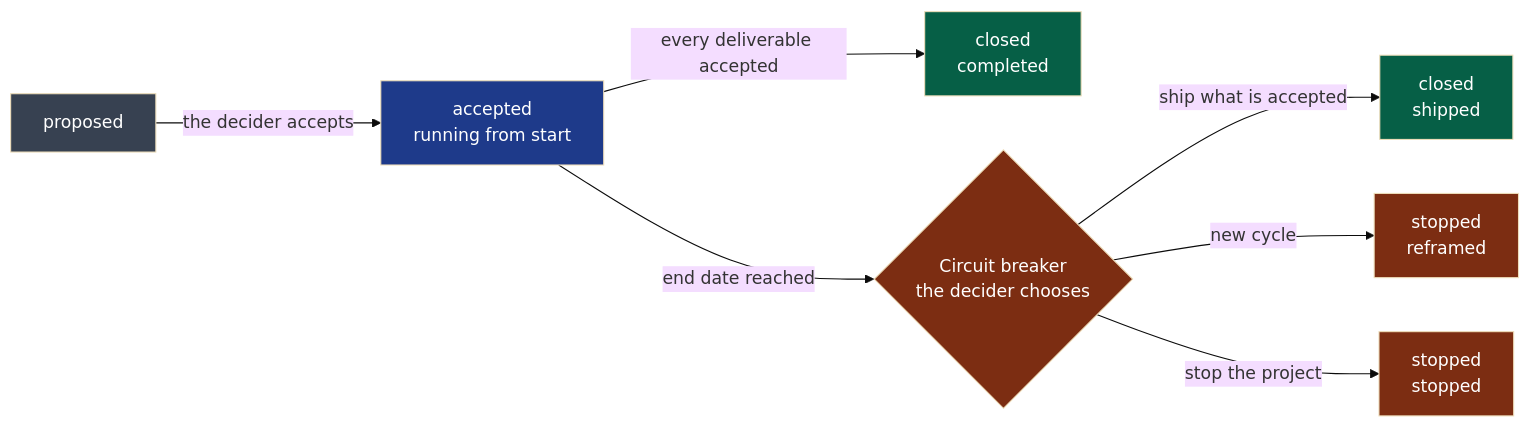
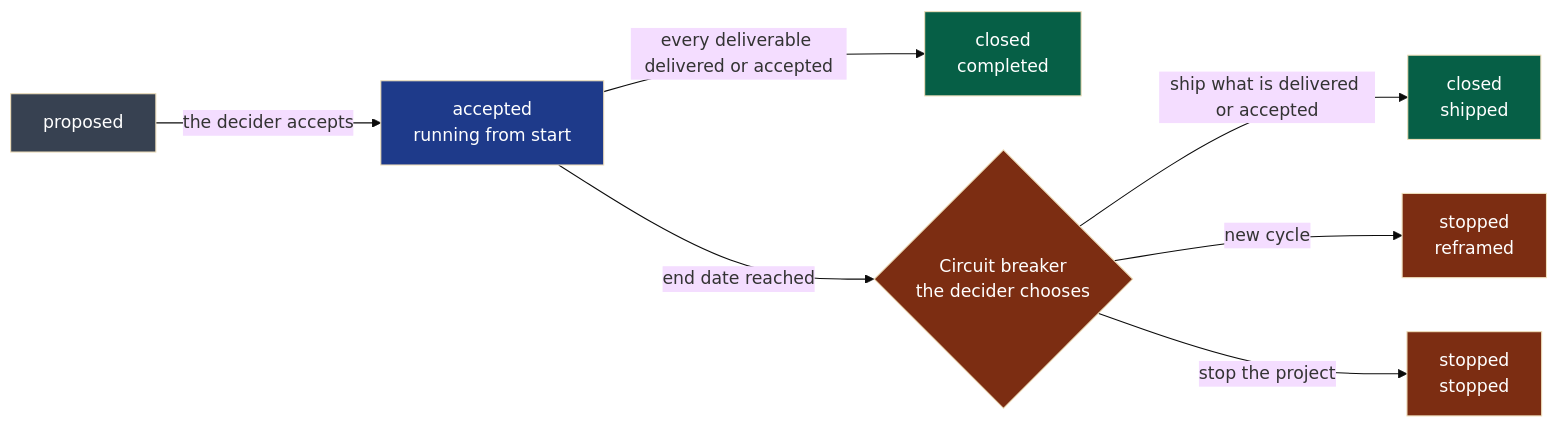
One commit to NapkinStack/wholeheard changed the first of 2 diagrams in .nstack/handbook/project.md. Above: the diagram before and after it, drawn with Mermaid (base theme). The commit also changed other lines of this file and 5 other files, not shown here.

````diff
--- a/.nstack/handbook/project.md
+++ b/.nstack/handbook/project.md
@@ -15,14 +15,14 @@
 ```mermaid
 flowchart LR
     P["proposed"]:::draft -->|"the decider accepts"| A["accepted<br/>running from start"]:::run
-    A -->|"every deliverable accepted"| C["closed<br/>completed"]:::ok
+    A -->|"every deliverable delivered or accepted"| C["closed<br/>completed"]:::ok
     A -->|"end date reached"| B{"Circuit breaker<br/>the decider chooses"}:::stop
-    B -->|"ship what is accepted"| S["closed<br/>shipped"]:::ok
+    B -->|"ship what is delivered or accepted"| S["closed<br/>shipped"]:::ok
     B -->|"new cycle"| R["stopped<br/>reframed"]:::stop
     B -->|"stop the project"| X["stopped<br/>stopped"]:::stop
 
     classDef draft fill:#374151,color:#fff
     classDef run fill:#1e3a8a,color:#fff
     classDef ok fill:#065f46,color:#fff
     classDef stop fill:#7c2d12,color:#fff
 ```
````
